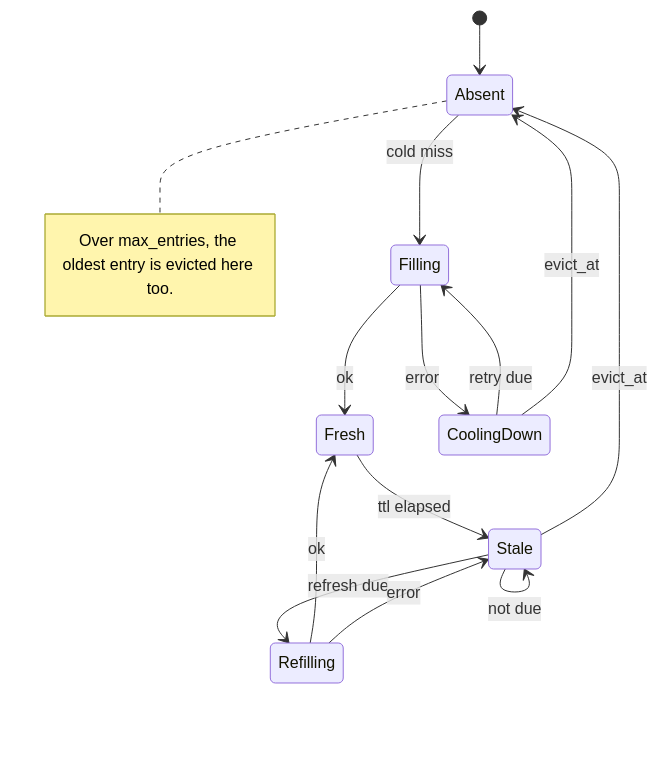
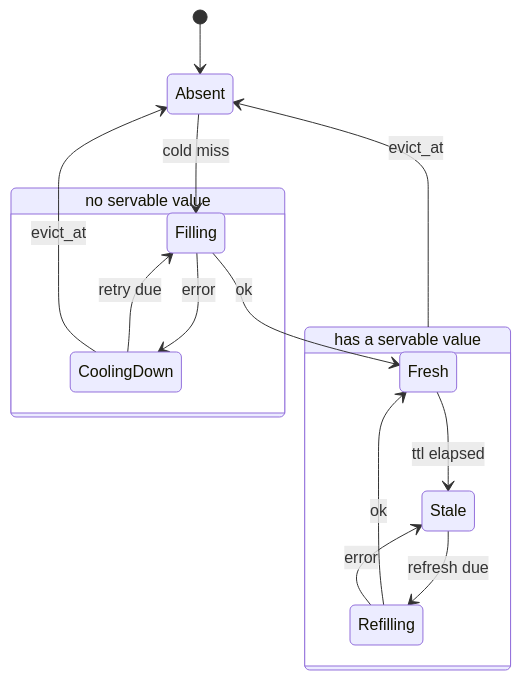
One commit to sea-snake/internet-identity changed the second of 7 diagrams in docs/ongoing/openid-sso-prod-readiness.md. Above: the diagram before and after it, drawn with Mermaid. The commit also changed other lines of this file, not shown here.

Commit message:
docs: regroup cache state diagram into composite sub-states
Edge labels still collided in the flat layout. Group the states into two
composite boxes (no servable value: Filling/CoolingDown; has a servable
value: Fresh/Stale/Refilling), drop the self-loop, and move the
max_entries note into the prose legend. Rendered and visually verified
(PNG) — labels no longer overlap.

````diff
--- a/docs/ongoing/openid-sso-prod-readiness.md
+++ b/docs/ongoing/openid-sso-prod-readiness.md
@@ -357,18 +357,21 @@
 ```mermaid
 stateDiagram-v2
     [*] --> Absent
     Absent --> Filling: cold miss
+
+    state "no servable value" as NoVal {
+        Filling --> CoolingDown: error
+        CoolingDown --> Filling: retry due
+    }
+
+    state "has a servable value" as HasVal {
+        Fresh --> Stale: ttl elapsed
+        Stale --> Refilling: refresh due
+        Refilling --> Fresh: ok
+        Refilling --> Stale: error
+    }
+
     Filling --> Fresh: ok
-    Filling --> CoolingDown: error
-    Fresh --> Stale: ttl elapsed
-    Stale --> Refilling: refresh due
-    Stale --> Stale: not due
-    Refilling --> Fresh: ok
-    Refilling --> Stale: error
-    CoolingDown --> Filling: retry due
-    Stale --> Absent: evict_at
+    HasVal --> Absent: evict_at
     CoolingDown --> Absent: evict_at
-    note right of Absent
-        Over max_entries, the oldest entry is evicted here too.
-    end note
 ```
````
